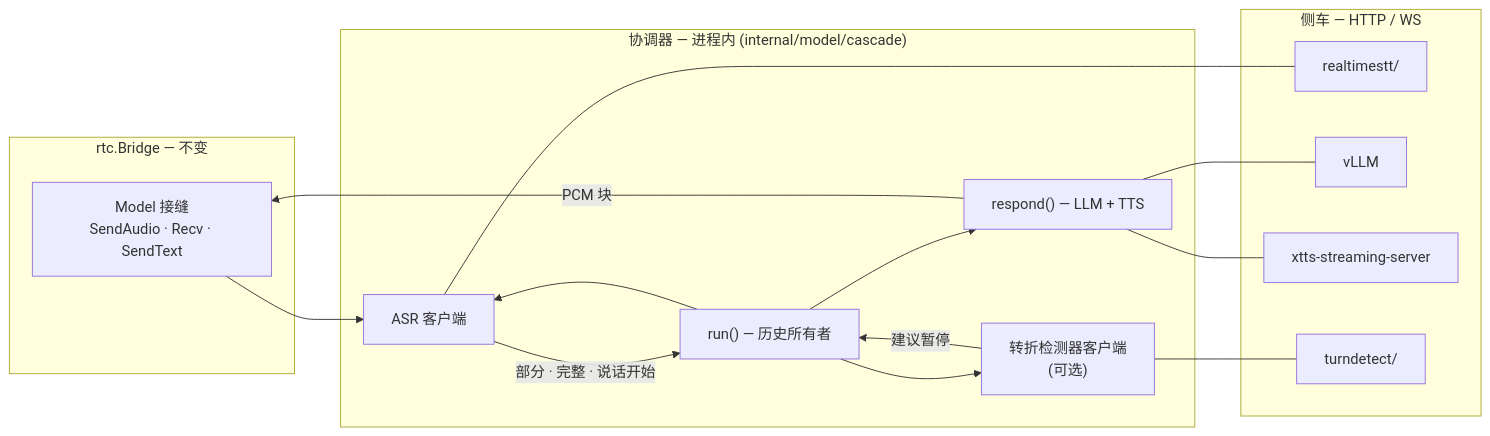
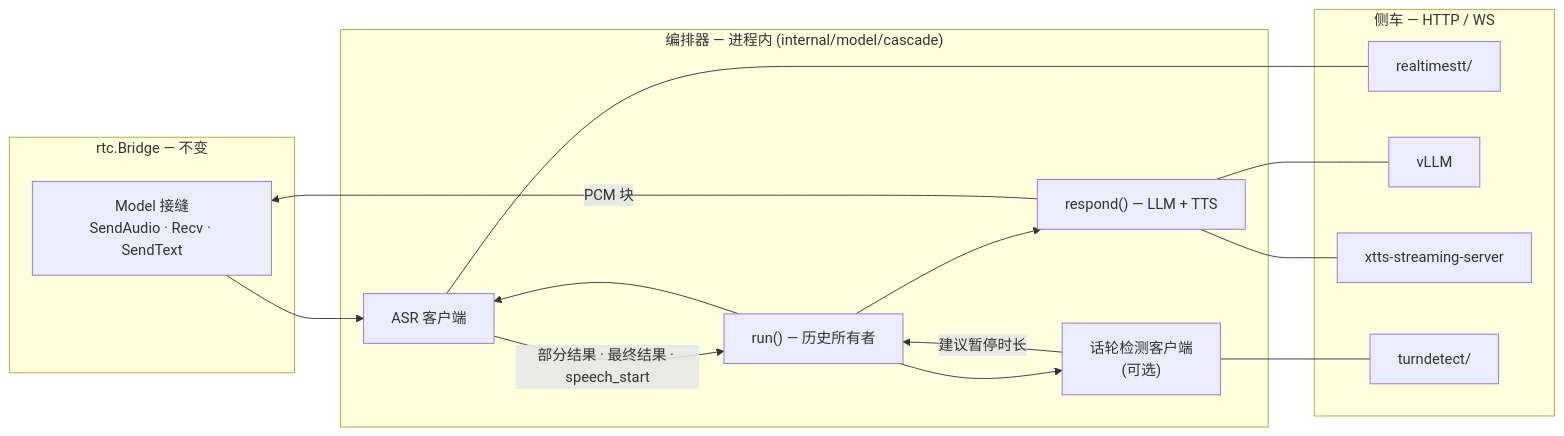
The fourth of 5 diagrams in docs/ARCHITECTURE_中文.md (thinkinbig/rt_llm_proxy), drawn with Mermaid before and after one commit. The commit also changed other lines of this file, not shown here.

````diff
--- a/docs/ARCHITECTURE_中文.md
+++ b/docs/ARCHITECTURE_中文.md
@@ -173,32 +173,32 @@
 ```mermaid
 flowchart LR
   subgraph bridge["rtc.Bridge — 不变"]
     M["Model 接缝<br/>SendAudio · Recv · SendText"]
   end
 
-  subgraph orchestrator["协调器 — 进程内 (internal/model/cascade)"]
+  subgraph orchestrator["编排器 — 进程内 (internal/model/cascade)"]
     RUN["run() — 历史所有者"]
     ASR["ASR 客户端"]
-    TD["转折检测器客户端<br/>(可选)"]
+    TD["话轮检测客户端<br/>(可选)"]
     RESP["respond() — LLM + TTS"]
     RUN --> ASR
-    ASR -->|"部分 · 完整 · 说话开始"| RUN
+    ASR -->|"部分结果 · 最终结果 · speech_start"| RUN
     RUN --> TD
-    TD -->|"建议暂停"| RUN
+    TD -->|"建议暂停时长"| RUN
     RUN --> RESP
     RESP -->|"PCM 块"| M
   end
 
   subgraph sidecars["侧车 — HTTP / WS"]
     STT["realtimestt/"]
     VLLM["vLLM"]
     XTTS["xtts-streaming-server"]
     TURN["turndetect/"]
   end
 
   M --> ASR
   ASR --- STT
   RESP --- VLLM
   RESP --- XTTS
   TD --- TURN
 ```
````
